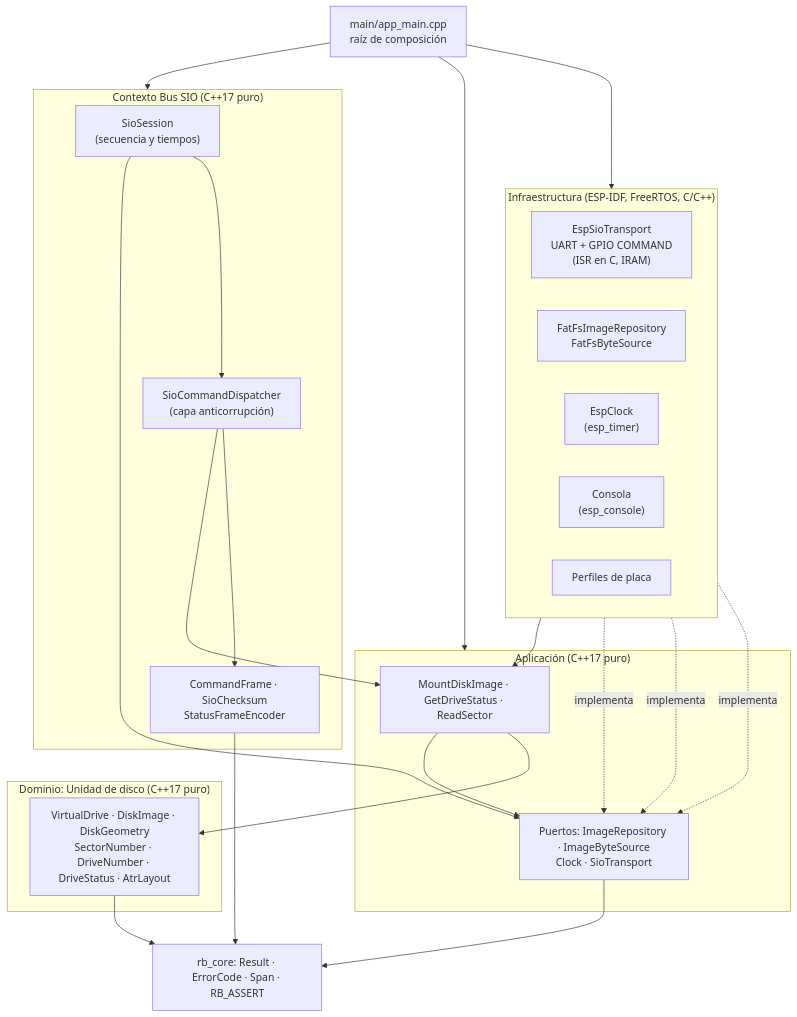
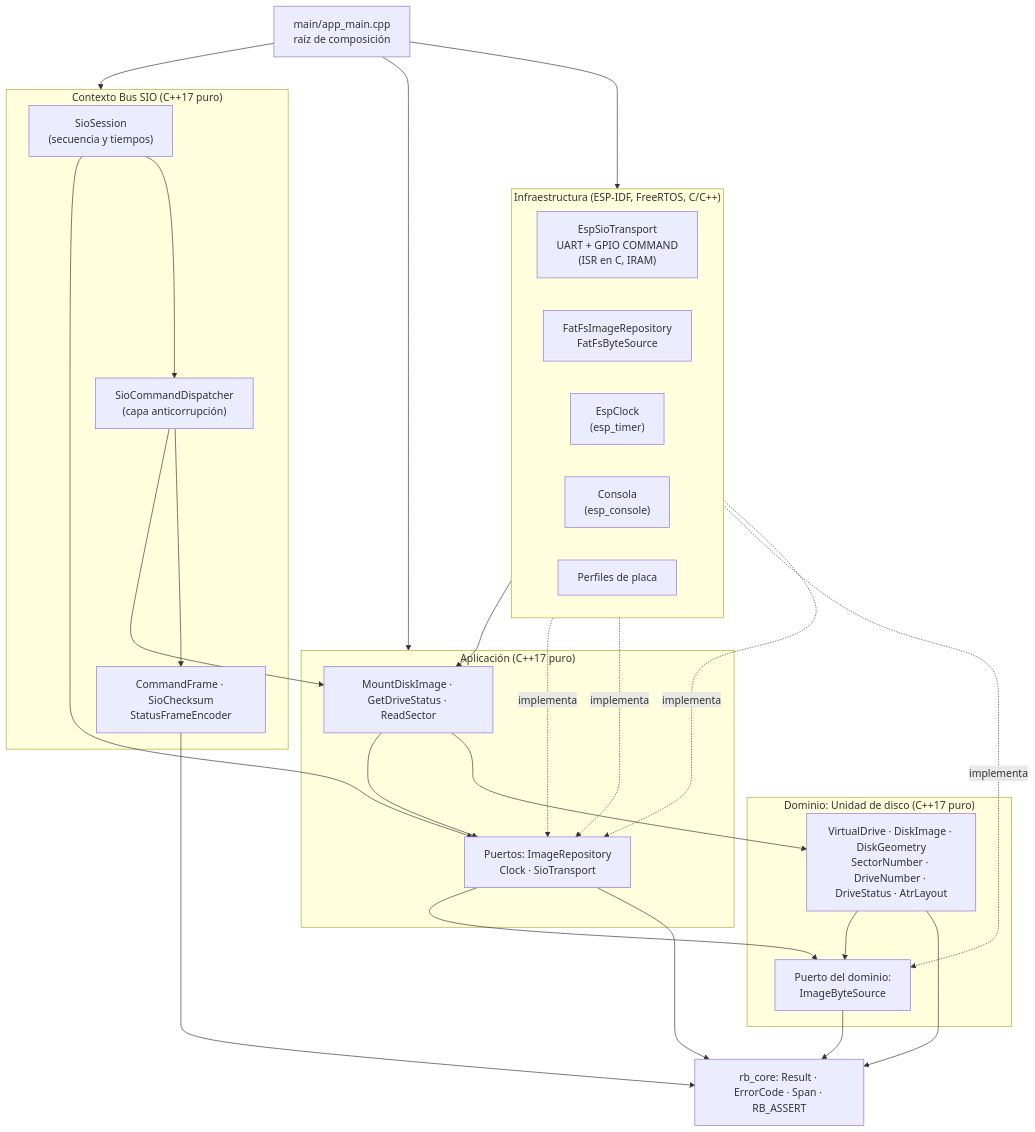
The first of 3 diagrams in docs/arquitectura-inicial.md (calaluis/retrobridge-chile), drawn with Mermaid before and after one commit. The commit also changed other lines of this file and 28 other files, not shown here.

First line of the commit message:
H1: núcleo del dominio Atari XL/XE

````diff
--- a/docs/arquitectura-inicial.md
+++ b/docs/arquitectura-inicial.md
@@ -91,47 +93,52 @@
 ```mermaid
 flowchart TB
   subgraph INFRA["Infraestructura (ESP-IDF, FreeRTOS, C/C++)"]
     direction LR
     SIOPHY["EspSioTransport<br/>UART + GPIO COMMAND<br/>(ISR en C, IRAM)"]
     SD["FatFsImageRepository<br/>FatFsByteSource"]
     CLK["EspClock<br/>(esp_timer)"]
     CON["Consola<br/>(esp_console)"]
     BOARD["Perfiles de placa"]
   end
 
   subgraph SIO["Contexto Bus SIO (C++17 puro)"]
     SESS["SioSession<br/>(secuencia y tiempos)"]
     DISP["SioCommandDispatcher<br/>(capa anticorrupción)"]
     FRAME["CommandFrame · SioChecksum<br/>StatusFrameEncoder"]
   end
 
   subgraph APP["Aplicación (C++17 puro)"]
     UC["MountDiskImage · GetDriveStatus · ReadSector"]
-    PORTS["Puertos: ImageRepository · ImageByteSource<br/>Clock · SioTransport"]
+    PORTS["Puertos: ImageRepository<br/>Clock · SioTransport"]
   end
 
   subgraph DOM["Dominio: Unidad de disco (C++17 puro)"]
     VD["VirtualDrive · DiskImage · DiskGeometry<br/>SectorNumber · DriveNumber · DriveStatus · AtrLayout"]
+    DPORT["Puerto del dominio:<br/>ImageByteSource"]
   end
 
   CORE["rb_core: Result · ErrorCode · Span · RB_ASSERT"]
 
   MAIN["main/app_main.cpp<br/>raíz de composición"]
 
   MAIN --> INFRA
   MAIN --> SIO
   MAIN --> APP
   CON --> UC
   SIOPHY -. implementa .-> PORTS
   SD -. implementa .-> PORTS
+  SD -. implementa .-> DPORT
   CLK -. implementa .-> PORTS
   SESS --> PORTS
   SESS --> DISP
   DISP --> UC
   DISP --> FRAME
   UC --> PORTS
   UC --> VD
+  PORTS --> DPORT
+  VD --> DPORT
   VD --> CORE
+  DPORT --> CORE
   PORTS --> CORE
   FRAME --> CORE
 ```
````
